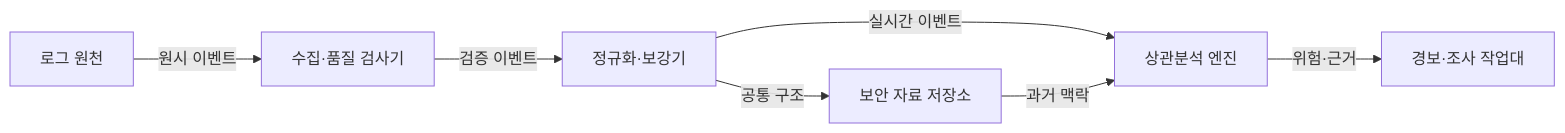
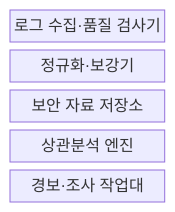
One commit to agnusdei1207/knowledge-base changed the first of 2 diagrams in src/content/docs/notes/04-network/093_siem_security_information_event_management.md. Above: the diagram before and after it, drawn with Mermaid. The commit also changed other lines of this file and 21 other files, not shown here.

````diff
--- a/src/content/docs/notes/04-network/093_siem_security_information_event_management.md
+++ b/src/content/docs/notes/04-network/093_siem_security_information_event_management.md
@@ -54,9 +54,9 @@
 ```mermaid
-flowchart LR
-    A["로그 원천"] -->|원시 이벤트| B["수집·품질 검사기"]
-    B -->|검증 이벤트| C["정규화·보강기"]
-    C -->|공통 구조| D["보안 자료 저장소"]
-    C -->|실시간 이벤트| E["상관분석 엔진"]
-    D -->|과거 맥락| E
-    E -->|위험·근거| F["경보·조사 작업대"]
+block-beta
+    columns 1
+    INGEST["로그 수집·품질 검사기"]
+    NORMALIZER["정규화·보강기"]
+    STORE["보안 자료 저장소"]
+    ANALYTICS["상관분석 엔진"]
+    WORKBENCH["경보·조사 작업대"]
 ```
````
